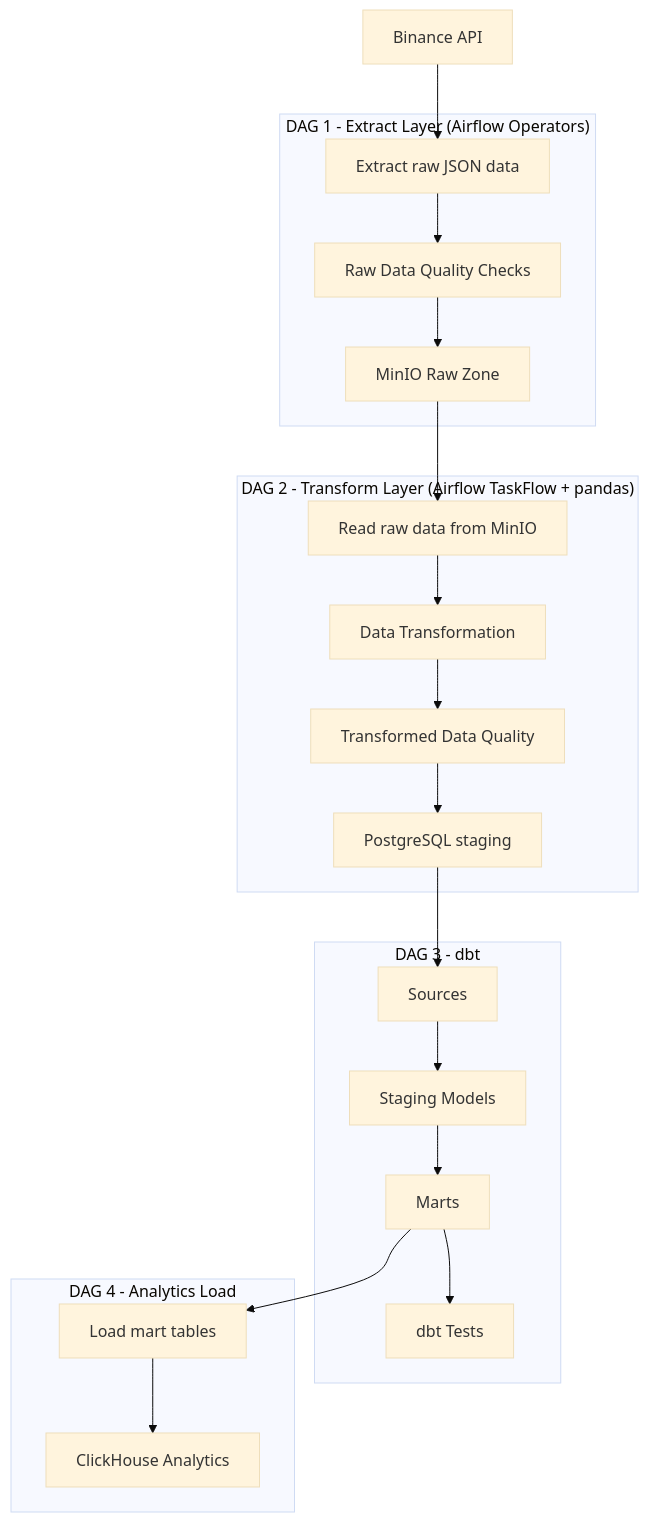
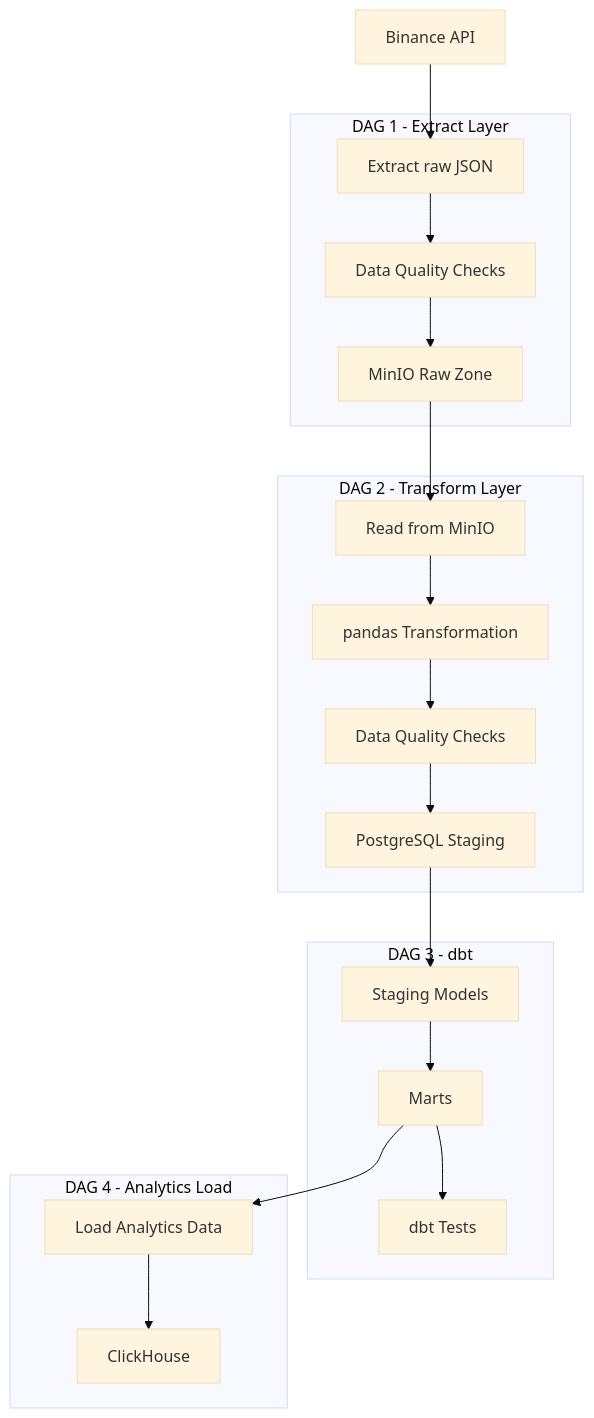
One commit to avasin12/binance-data-platform changed the diagram in README.md. Above: the diagram before and after it, drawn with Mermaid (base theme). The commit also changed other lines of this file, not shown here.

````diff
--- a/README.md
+++ b/README.md
@@ -21,57 +27,52 @@
 ```mermaid
 flowchart TD
 
     A[Binance API]
 
     A --> B
 
-    subgraph DAG1["DAG 1 - Extract Layer (Airflow Operators)"]
-        B[Extract raw JSON data]
-        C[Raw Data Quality Checks]
+    subgraph DAG1["DAG 1 - Extract Layer"]
+        B[Extract raw JSON]
+        C[Data Quality Checks]
         D[MinIO Raw Zone]
 
         B --> C
         C --> D
     end
 
 
     D --> E
 
-
-    subgraph DAG2["DAG 2 - Transform Layer (Airflow TaskFlow + pandas)"]
-        E[Read raw data from MinIO]
-        F[Data Transformation]
-        G[Transformed Data Quality]
-        H[PostgreSQL staging]
+    subgraph DAG2["DAG 2 - Transform Layer"]
+        E[Read from MinIO]
+        F[pandas Transformation]
+        G[Data Quality Checks]
+        H[PostgreSQL Staging]
 
         E --> F
         F --> G
         G --> H
     end
 
 
     H --> I
 
-
     subgraph DAG3["DAG 3 - dbt"]
-        I[Sources]
-        J[Staging Models]
-        K[Marts]
-        L[dbt Tests]
+        I[Staging Models]
+        J[Marts]
+        K[dbt Tests]
 
         I --> J
         J --> K
-        K --> L
     end
 
 
-    K --> M
-
+    J --> L
 
     subgraph DAG4["DAG 4 - Analytics Load"]
-        M[Load mart tables]
-        N[ClickHouse Analytics]
+        L[Load Analytics Data]
+        M[ClickHouse]
 
-        M --> N
+        L --> M
     end
 ```
````
